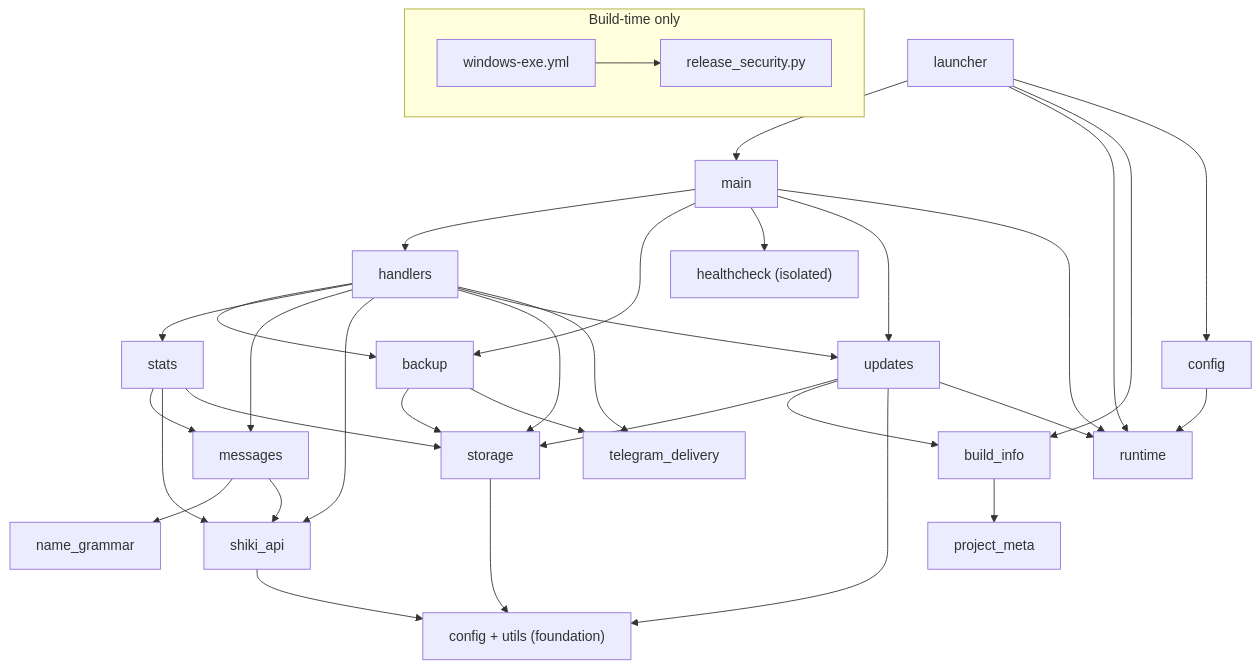
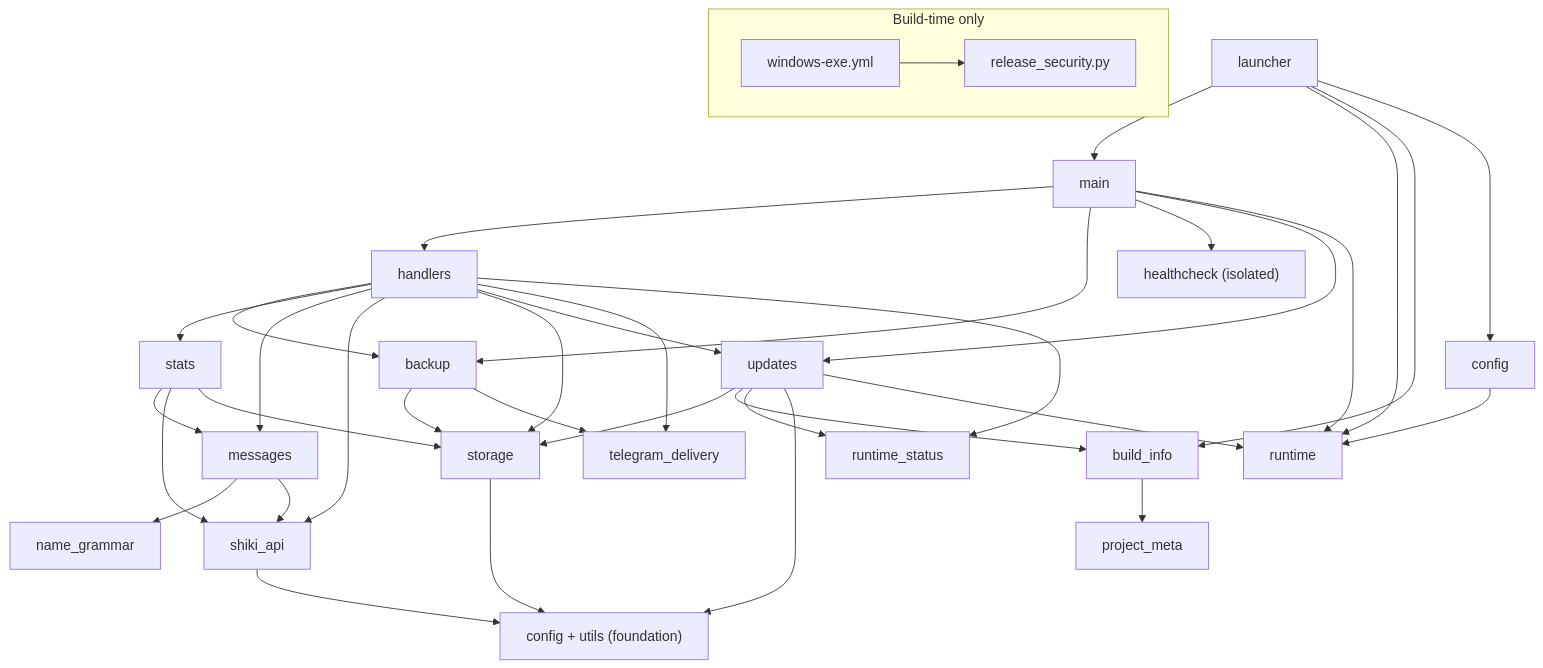
Before and after one commit to WorgaNomoR/ShikiUpdatesBot: the diagram in ARCHITECTURE.md, drawn with Mermaid. The commit also changed other lines of this file and 27 other files, not shown here.

````diff
--- a/ARCHITECTURE.md
+++ b/ARCHITECTURE.md
@@ -37,38 +38,40 @@
 ```mermaid
 graph TD
     launcher --> main
     launcher --> runtime
     launcher --> build_info
     launcher --> config
     main --> handlers
     main --> backup
     main --> healthcheck
     main --> updates
     main --> runtime
     handlers --> backup
     handlers --> stats
     handlers --> messages
     handlers --> shiki_api
     handlers --> storage
     handlers --> updates
     handlers --> telegram_delivery
+    handlers --> runtime_status
     updates --> storage
     updates --> build_info
+    updates --> runtime_status
     build_info --> project_meta
     updates --> base
     updates --> runtime
     stats --> messages
     stats --> shiki_api
     stats --> storage
     messages --> name_grammar
     messages --> shiki_api
     backup --> storage
     backup --> telegram_delivery
     storage --> base["config + utils (foundation)"]
     shiki_api --> base
     config --> runtime
     healthcheck["healthcheck (isolated)"]
     subgraph build_time["Build-time only"]
         windows_workflow["windows-exe.yml"] --> release_security["release_security.py"]
     end
 ```
````
